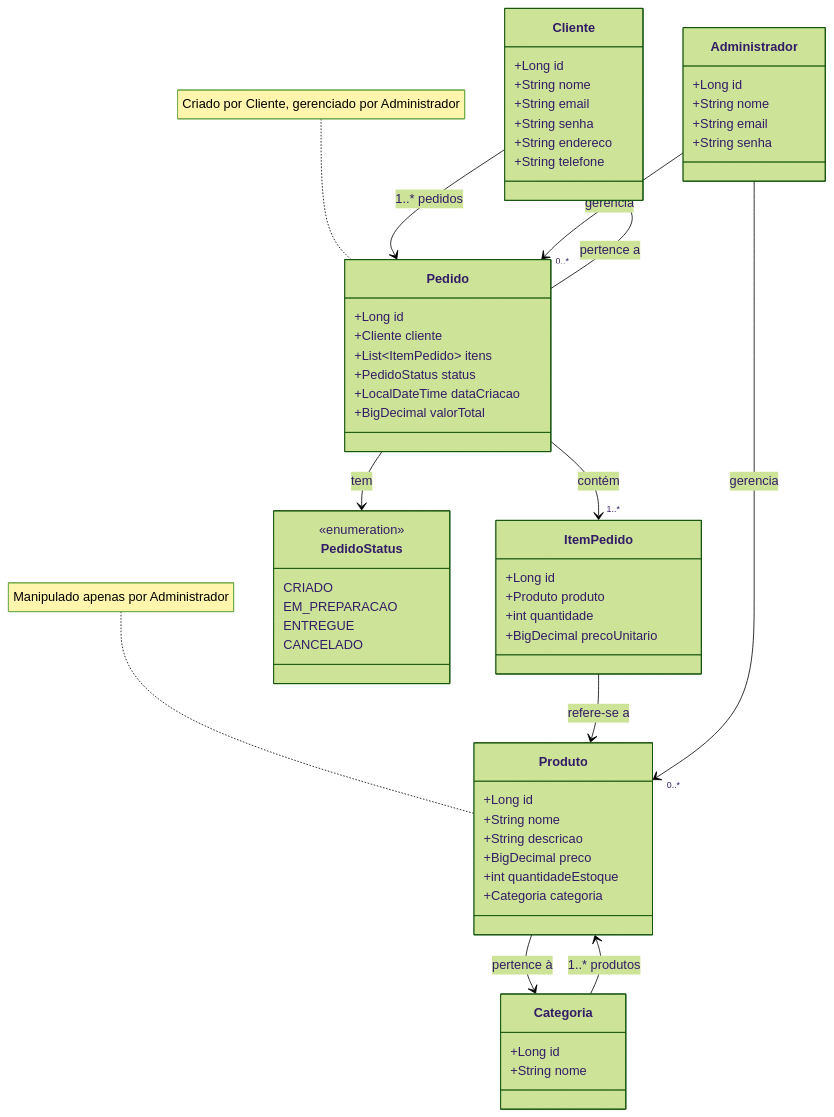
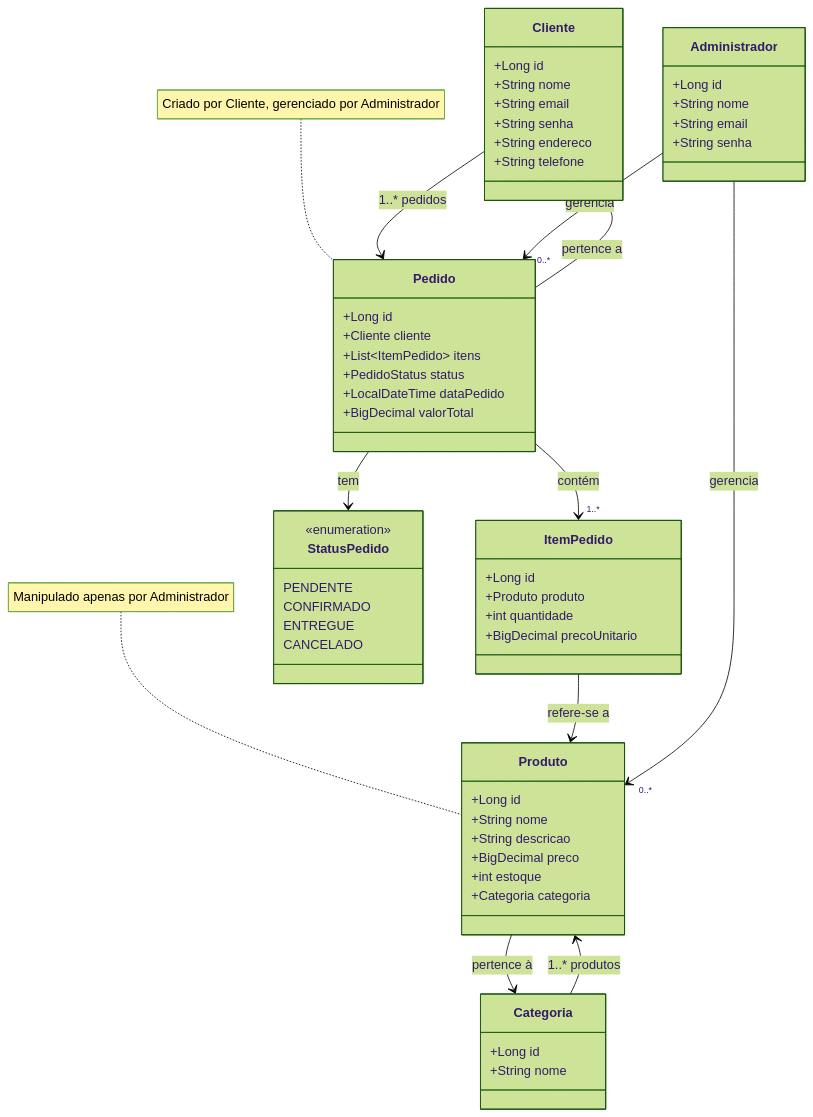
Before and after one commit to EduardoReis2020/trilha-java: the diagram in vendasapi/README.md, drawn with Mermaid (forest theme). The commit also changed 11 other files, not shown here.

````diff
--- a/vendasapi/README.md
+++ b/vendasapi/README.md
@@ -3,76 +3,76 @@
 ```mermaid
 
 classDiagram
   class Produto {
     +Long id
     +String nome
     +String descricao
     +BigDecimal preco
-    +int quantidadeEstoque
+    +int estoque
     +Categoria categoria
   }
 
   class Categoria {
     +Long id
     +String nome
   }
 
   class Cliente {
     +Long id
     +String nome
-    +String email
-    +String senha
-    +String endereco
+    +String email 
+    +String senha 
+    +String endereco 
     +String telefone
   }
 
   class Administrador {
     +Long id
     +String nome
     +String email
     +String senha
   }
 
   class Pedido {
     +Long id
     +Cliente cliente
     +List~ItemPedido~ itens
     +PedidoStatus status
-    +LocalDateTime dataCriacao
+    +LocalDateTime dataPedido
     +BigDecimal valorTotal
   }
 
   class ItemPedido {
     +Long id
     +Produto produto
     +int quantidade
     +BigDecimal precoUnitario
   }
 
-  class PedidoStatus {
+  class StatusPedido {
     <<enumeration>>
-    CRIADO
-    EM_PREPARACAO
+    PENDENTE
+    CONFIRMADO
     ENTREGUE
     CANCELADO
   }
 
   Produto --> Categoria : pertence à
   Categoria --> Produto : 1..* produtos
 
   Pedido --> Cliente : pertence a
   Cliente --> Pedido : 1..* pedidos
 
   Pedido --> "1..*" ItemPedido : contém
   ItemPedido --> Produto : refere-se a
 
-  Pedido --> PedidoStatus : tem
+  Pedido --> StatusPedido : tem
 
   note for Produto "Manipulado apenas por Administrador"
 
   note for Pedido "Criado por Cliente, gerenciado por Administrador"
 
   Administrador --> "0..*" Produto : gerencia
   Administrador --> "0..*" Pedido : gerencia
 
 ```
````
